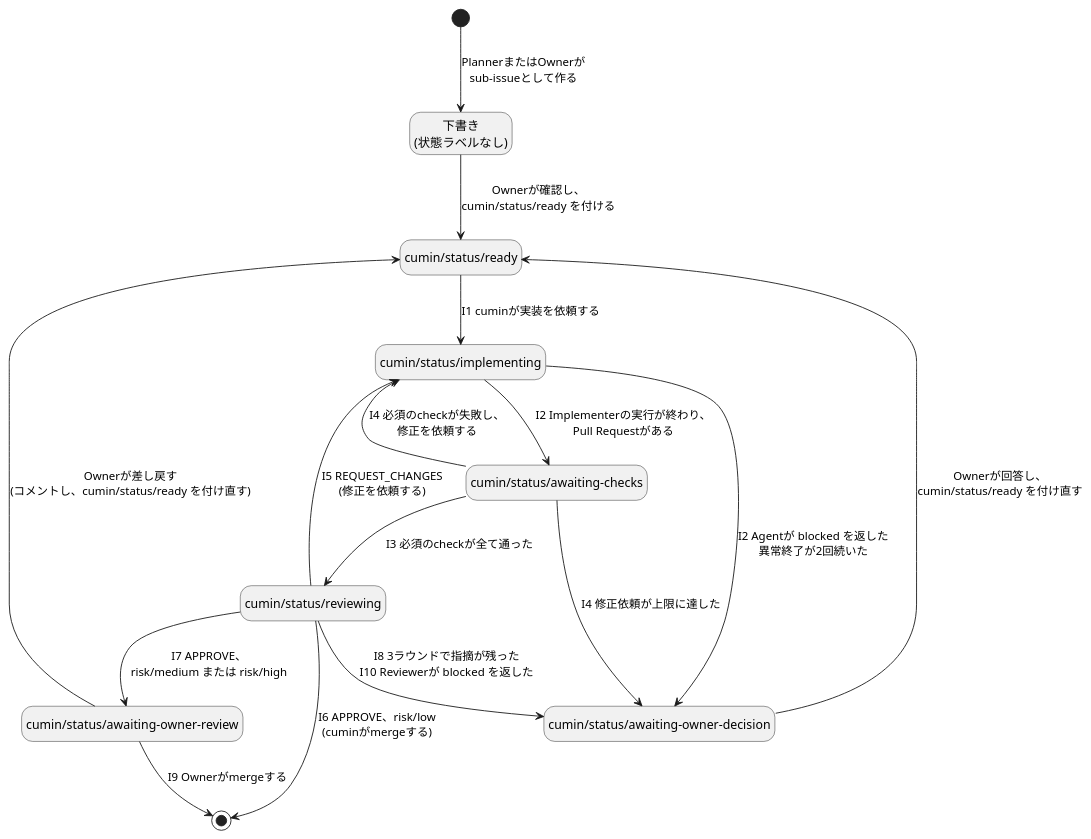
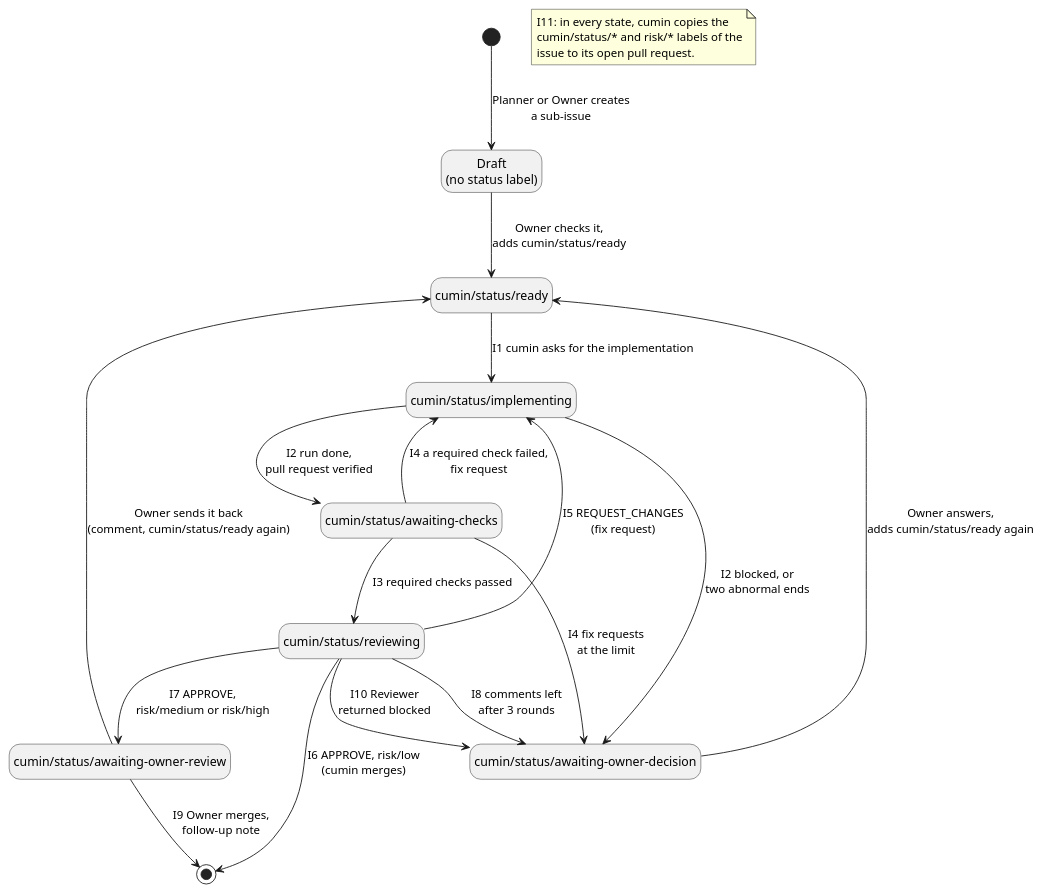
The diagram in docs/ja/requirements/workflow/implementation-issue-states.puml (cloveclovedev/cumin-works), drawn with PlantUML before and after one commit. The commit also changed 19 other files, not shown here.

First line of the commit message:
docs(diagrams): write the labels of every diagram in English and give each row its own arrow (#216)

```diff
--- a/docs/ja/requirements/workflow/implementation-issue-states.puml
+++ b/docs/ja/requirements/workflow/implementation-issue-states.puml
@@ -1,32 +1,35 @@
 @startuml implementation-issue-states
-' cumin works v2 - 実装Issueの状態遷移
-' 状態はGitHubのラベルで表す。遷移の番号 (I1など) は issue-states.md の表に対応する。
-' SVGの書き出し: リポジトリの直下で scripts/render-diagrams.sh を実行する。
+' cumin works - states of an implementation issue.
+' A state is a label on GitHub. Each arrow names one row of issue-states.md (I1 to I10); I11 is a note.
+' Render: run scripts/render-diagrams.sh at the root of the repository.
 
 hide empty description
 
-state "下書き\n(状態ラベルなし)" as Draft
+state "Draft\n(no status label)" as Draft
 state "cumin/status/ready" as Ready
 state "cumin/status/implementing" as Implementing
 state "cumin/status/awaiting-checks" as Checks
 state "cumin/status/reviewing" as Reviewing
 state "cumin/status/awaiting-owner-review" as OwnerReview
 state "cumin/status/awaiting-owner-decision" as Decision
 
-[*] --> Draft : PlannerまたはOwnerが\nsub-issueとして作る
-Draft --> Ready : Ownerが確認し、\ncumin/status/ready を付ける
-Ready --> Implementing : I1 cuminが実装を依頼する
-Implementing --> Checks : I2 Implementerの実行が終わり、\nPull Requestがある
-Checks --> Implementing : I4 必須のcheckが失敗し、\n修正を依頼する
-Checks --> Reviewing : I3 必須のcheckが全て通った
-Reviewing --> Implementing : I5 REQUEST_CHANGES\n(修正を依頼する)
-Reviewing --> [*] : I6 APPROVE、risk/low\n(cuminがmergeする)
-Reviewing --> OwnerReview : I7 APPROVE、\nrisk/medium または risk/high
-Reviewing --> Decision : I8 3ラウンドで指摘が残った\nI10 Reviewerが blocked を返した
-Implementing --> Decision : I2 Agentが blocked を返した\n異常終了が2回続いた
-Checks --> Decision : I4 修正依頼が上限に達した
-OwnerReview --> [*] : I9 Ownerがmergeする
-OwnerReview --> Ready : Ownerが差し戻す\n(コメントし、cumin/status/ready を付け直す)
-Decision --> Ready : Ownerが回答し、\ncumin/status/ready を付け直す
+[*] --> Draft : Planner or Owner creates\na sub-issue
+Draft --> Ready : Owner checks it,\nadds cumin/status/ready
+Ready --> Implementing : I1 cumin asks for the implementation
+Implementing --> Checks : I2 run done,\npull request verified
+Implementing --> Decision : I2 blocked, or\ntwo abnormal ends
+Checks --> Reviewing : I3 required checks passed
+Checks --> Implementing : I4 a required check failed,\nfix request
+Checks --> Decision : I4 fix requests\nat the limit
+Reviewing --> Implementing : I5 REQUEST_CHANGES\n(fix request)
+Reviewing --> [*] : I6 APPROVE, risk/low\n(cumin merges)
+Reviewing --> OwnerReview : I7 APPROVE,\nrisk/medium or risk/high
+Reviewing --> Decision : I8 comments left\nafter 3 rounds
+Reviewing --> Decision : I10 Reviewer\nreturned blocked
+OwnerReview --> [*] : I9 Owner merges,\nfollow-up note
+OwnerReview --> Ready : Owner sends it back\n(comment, cumin/status/ready again)
+Decision --> Ready : Owner answers,\nadds cumin/status/ready again
+
+note "I11: in every state, cumin copies the\ncumin/status/* and risk/* labels of the\nissue to its open pull request." as I11
 
 @enduml
```
